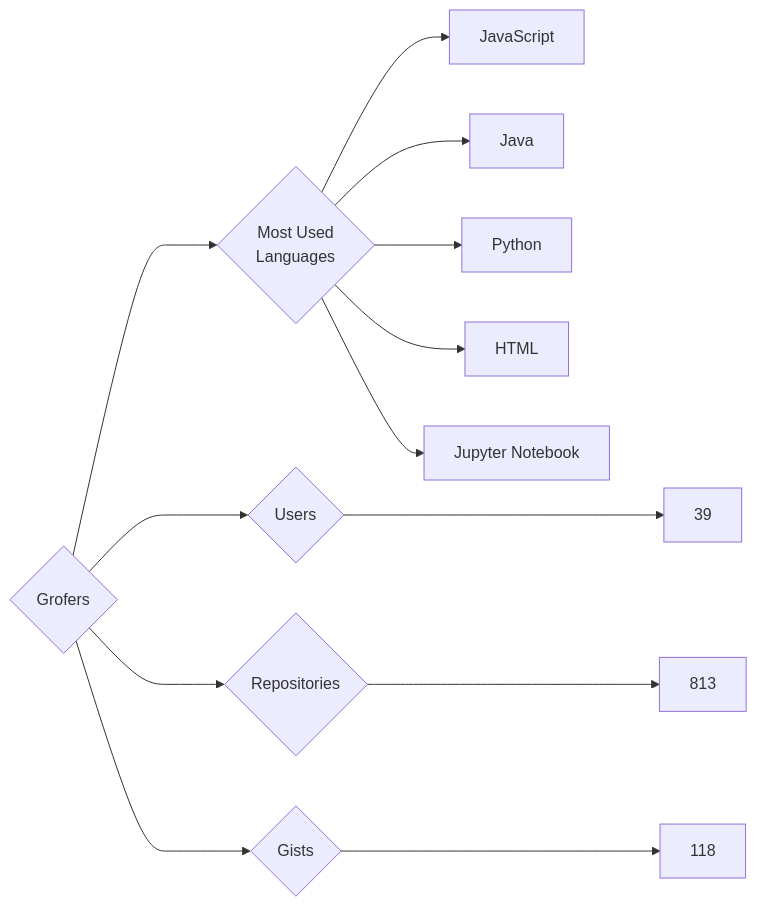
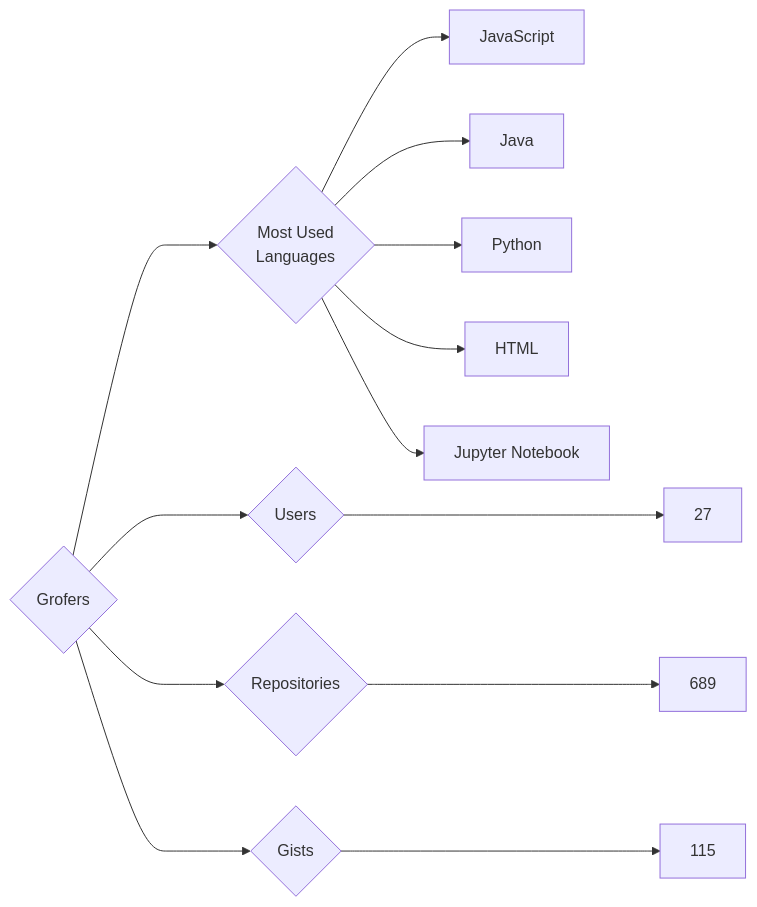
One commit to trickest/insiders changed the diagram in targets/Grofers/README.md. Above: the diagram before and after it, drawn with Mermaid. The commit also changed 682 other files, not shown here.

````diff
--- a/targets/Grofers/README.md
+++ b/targets/Grofers/README.md
@@ -3,13 +3,13 @@
 ```mermaid
 graph LR
 COMPANY_NAME{Grofers}
-COMPANY_NAME ---> U{Users} ---> UN[39]
-COMPANY_NAME ---> R{Repositories} ---> RN[813]
-COMPANY_NAME ---> G{Gists} ---> GN[118]
+COMPANY_NAME ---> U{Users} ---> UN[27]
+COMPANY_NAME ---> R{Repositories} ---> RN[689]
+COMPANY_NAME ---> G{Gists} ---> GN[115]
 COMPANY_NAME ---> ML{Most Used<br>Languages}
 ML --> JavaScript[JavaScript]
 ML --> Java[Java]
 ML --> Python[Python]
 ML --> HTML[HTML]
 ML --> Jupyter_Notebook[Jupyter Notebook]
 ```
````
